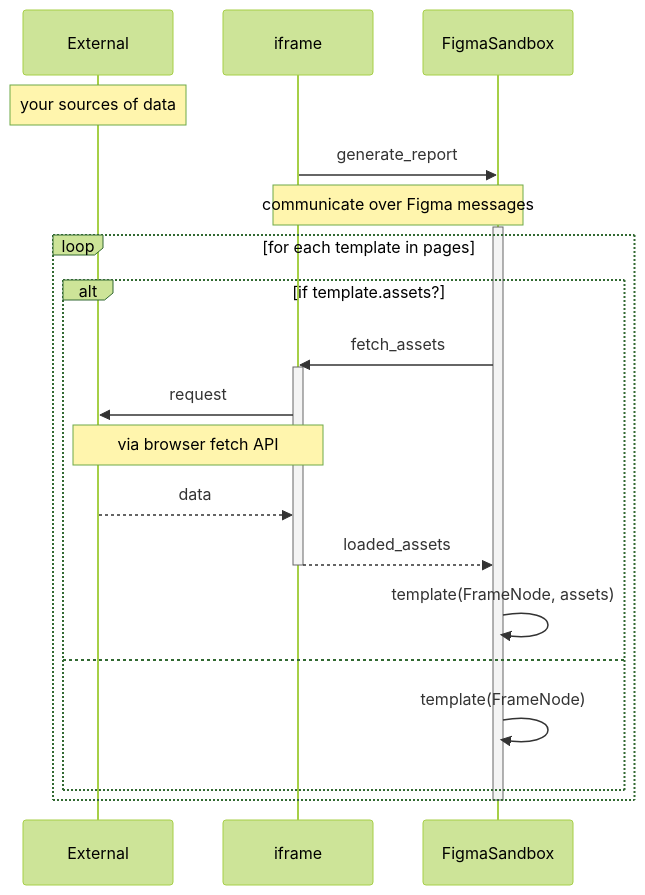
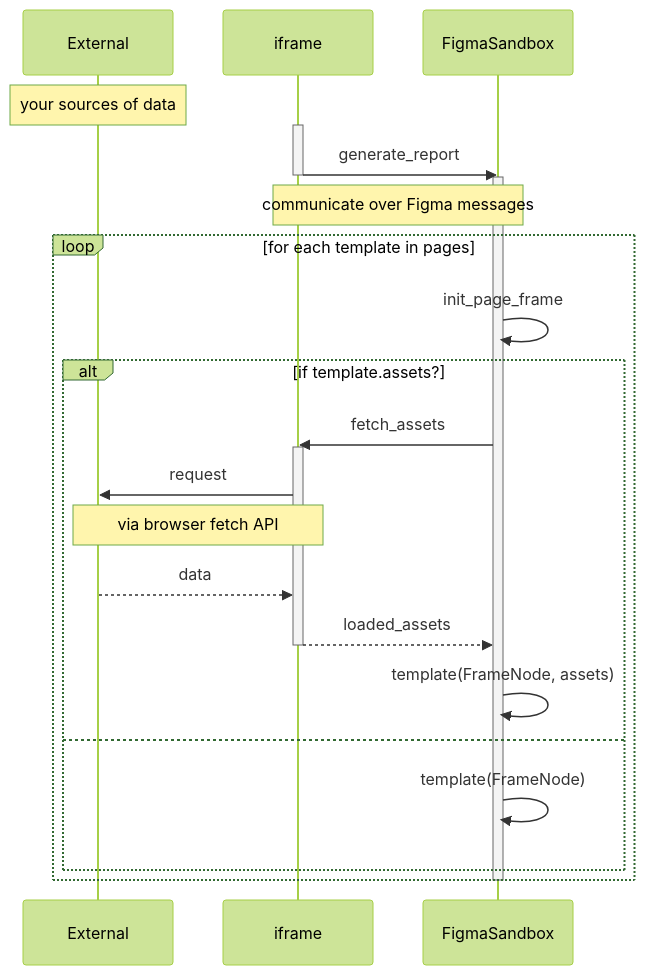
The second of 2 diagrams in _posts/2020-2-25-figma-report-plugin.md (bobheadxi/bobheadxi.github.io), drawn with Mermaid (forest theme) before and after one commit. The commit also changed other lines of this file, not shown here.

Commit message:
adjust diagrams

````diff
--- a/_posts/2020-2-25-figma-report-plugin.md
+++ b/_posts/2020-2-25-figma-report-plugin.md
@@ -99,27 +99,32 @@
 ```mermaid
 sequenceDiagram
-    participant External
-    note over External: your sources of data
+  participant External
+  note over External: your sources of data
 
-    participant iframe
-    participant FigmaSandbox
-    iframe->>FigmaSandbox: generate_report
-    note over iframe,FigmaSandbox: communicate over Figma messages
+  participant iframe
+  activate iframe
 
-    activate FigmaSandbox
-    loop for each template in pages
-      alt if template.assets?
-        FigmaSandbox->>iframe: fetch_assets
-        activate iframe
-        iframe->>External: request
-        note over iframe,External: via browser fetch API
-        External-->>iframe: data
-        iframe-->>FigmaSandbox: loaded_assets
-        deactivate iframe
-        FigmaSandbox->>FigmaSandbox: template(FrameNode, assets)
-      else
-        FigmaSandbox->>FigmaSandbox: template(FrameNode)
-      end
+  participant FigmaSandbox
+  iframe->>FigmaSandbox: generate_report
+  deactivate iframe
+  activate FigmaSandbox
+  note over iframe,FigmaSandbox: communicate over Figma messages
+
+  loop for each template in pages
+    FigmaSandbox->>FigmaSandbox: init_page_frame
+
+    alt if template.assets?
+      FigmaSandbox->>iframe: fetch_assets
+      activate iframe
+      iframe->>External: request
+      note over iframe,External: via browser fetch API
+      External-->>iframe: data
+      iframe-->>FigmaSandbox: loaded_assets
+      deactivate iframe
+      FigmaSandbox->>FigmaSandbox: template(FrameNode, assets)
+    else
+      FigmaSandbox->>FigmaSandbox: template(FrameNode)
     end
-    deactivate FigmaSandbox
+  end
+  deactivate FigmaSandbox
 ```
````
